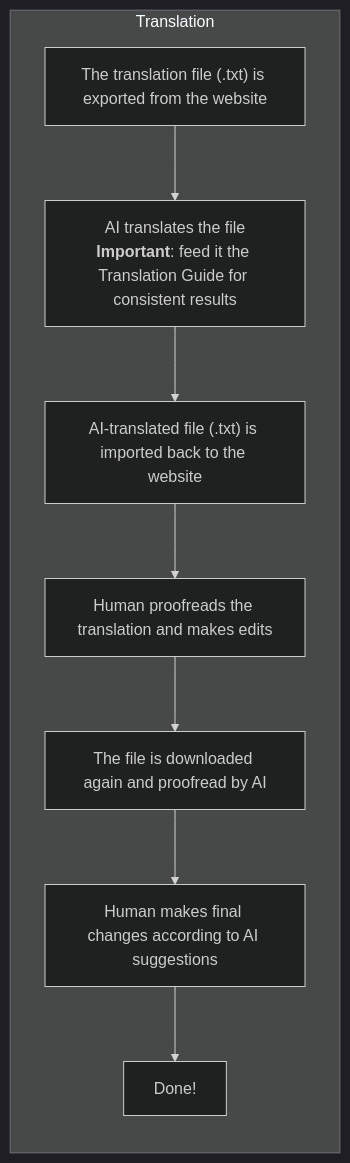
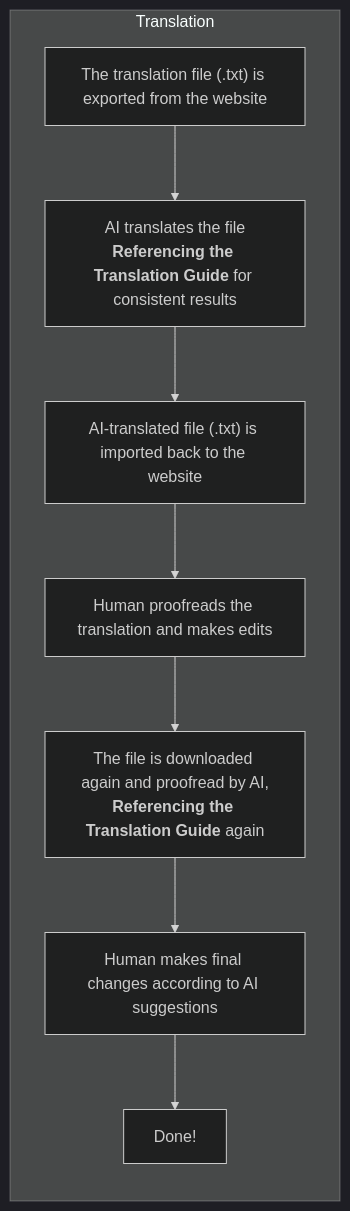
One commit to MaksymShcherbak/brok-ua changed the diagram in process.md. Above: the diagram before and after it, drawn with Mermaid (dark theme). The commit also changed other lines of this file and 3 other files, not shown here.

````diff
--- a/process.md
+++ b/process.md
@@ -9,14 +13,14 @@
 ```mermaid
 flowchart TB
 subgraph Row1["Translation"]
 direction TB
 A["The translation file (.txt) is exported from the website"]
-B["AI translates the file<br><b>Important</b>: feed it the Translation Guide for consistent results"]
+B["AI translates the file<br><b>Referencing the Translation Guide</b> for consistent results"]
 C["AI-translated file (.txt) is imported back to the website"]
 D["Human proofreads the translation and makes edits"]
-E["The file is downloaded again and proofread by AI"]
+E["The file is downloaded again and proofread by AI,<br><b>Referencing the Translation Guide</b> again"]
 F["Human makes final changes according to AI suggestions"]
 G["Done!"]
 A --> B --> C --> D --> E --> F --> G
 end
 ```
````
